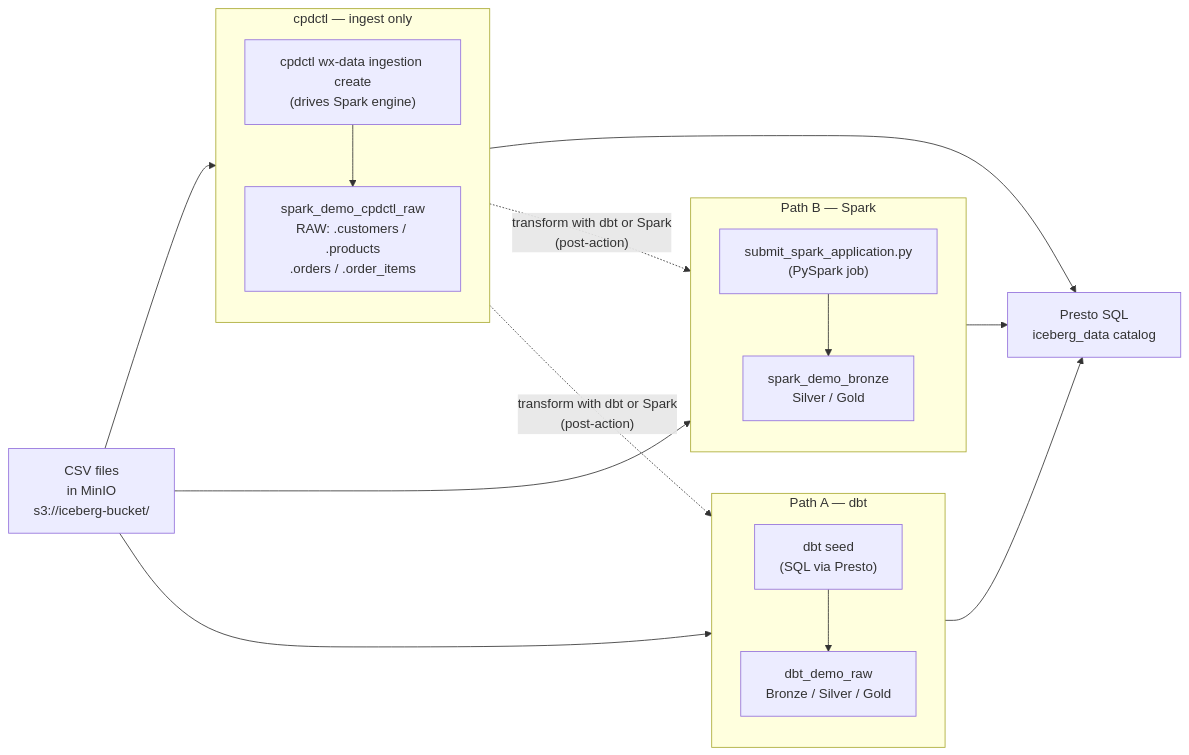
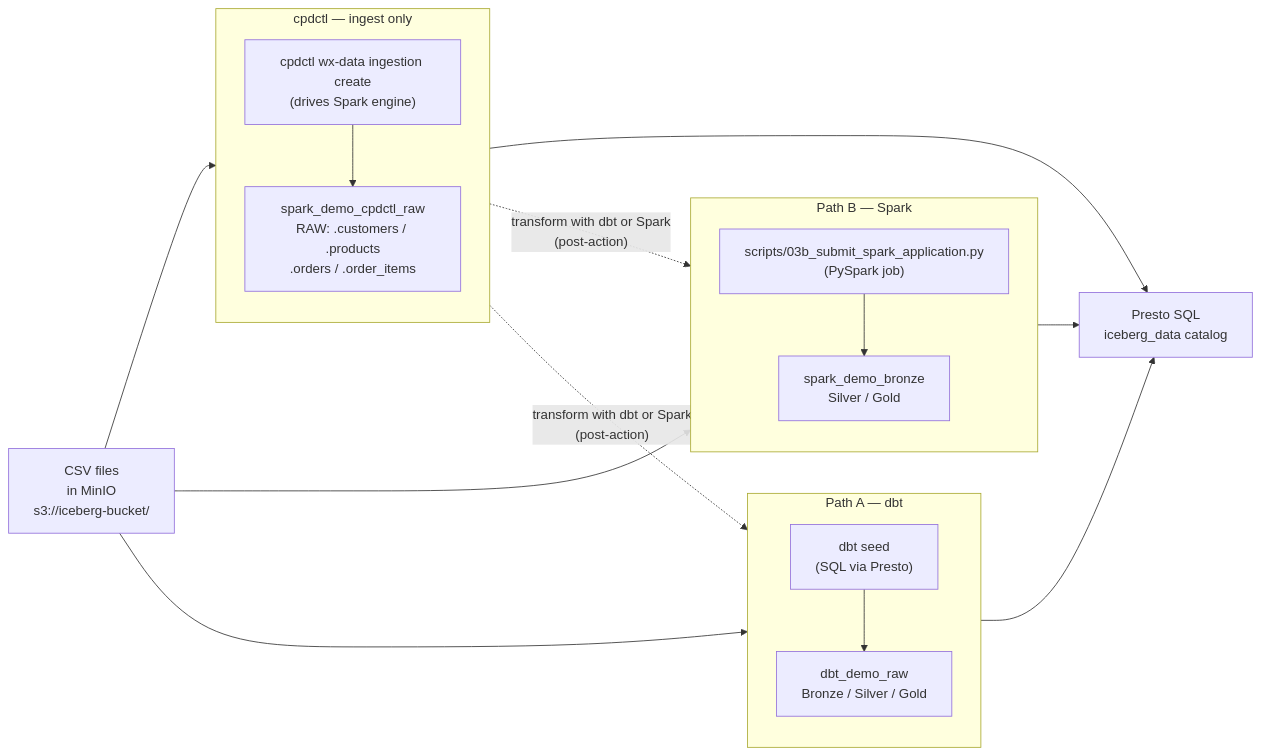
The first of 2 diagrams in docs/ingestion.md (aseelert/ibmas-watsonxdata-dbt), drawn with Mermaid before and after one commit. The commit also changed other lines of this file and 76 other files, not shown here.

````diff
--- a/docs/ingestion.md
+++ b/docs/ingestion.md
@@ -39,35 +39,35 @@
 ```mermaid
 flowchart LR
     CSV["CSV files\nin MinIO\ns3://iceberg-bucket/"]
 
     subgraph A["Path A — dbt"]
         direction TB
         A1["dbt seed\n(SQL via Presto)"]
         A2["dbt_demo_raw\nBronze / Silver / Gold"]
         A1 --> A2
     end
 
     subgraph B["Path B — Spark"]
         direction TB
-        B1["submit_spark_application.py\n(PySpark job)"]
+        B1["scripts/03b_submit_spark_application.py\n(PySpark job)"]
         B2["spark_demo_bronze\nSilver / Gold"]
         B1 --> B2
     end
 
     subgraph C["cpdctl — ingest only"]
         direction TB
         C1["cpdctl wx-data ingestion create\n(drives Spark engine)"]
         C2["spark_demo_cpdctl_raw\nRAW: .customers / .products\n.orders / .order_items"]
         C1 --> C2
     end
 
     CSV --> A1
     CSV --> B1
     CSV --> C1
 
     A2 --> Presto["Presto SQL\niceberg_data catalog"]
     B2 --> Presto
     C2 --> Presto
     C2 -. "transform with dbt or Spark\n(post-action)" .-> A1
     C2 -. "transform with dbt or Spark\n(post-action)" .-> B1
 ```
````
